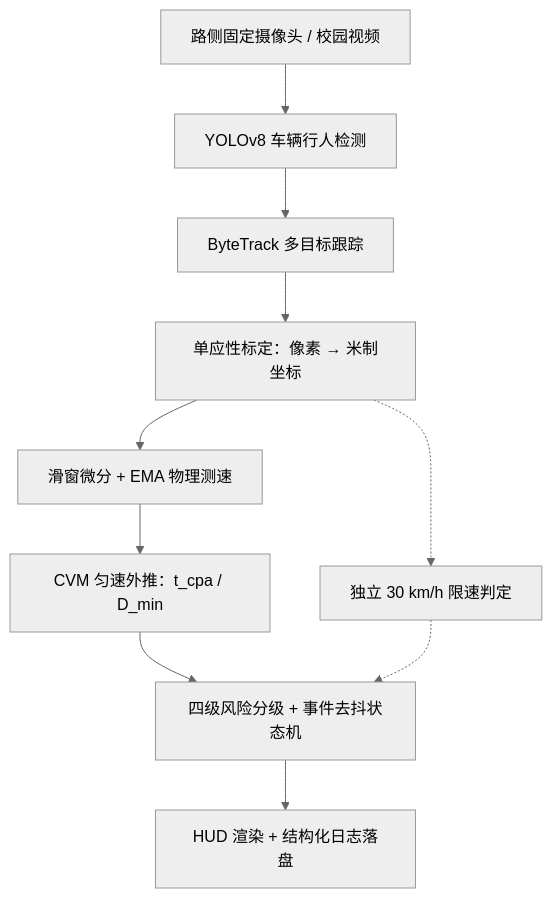
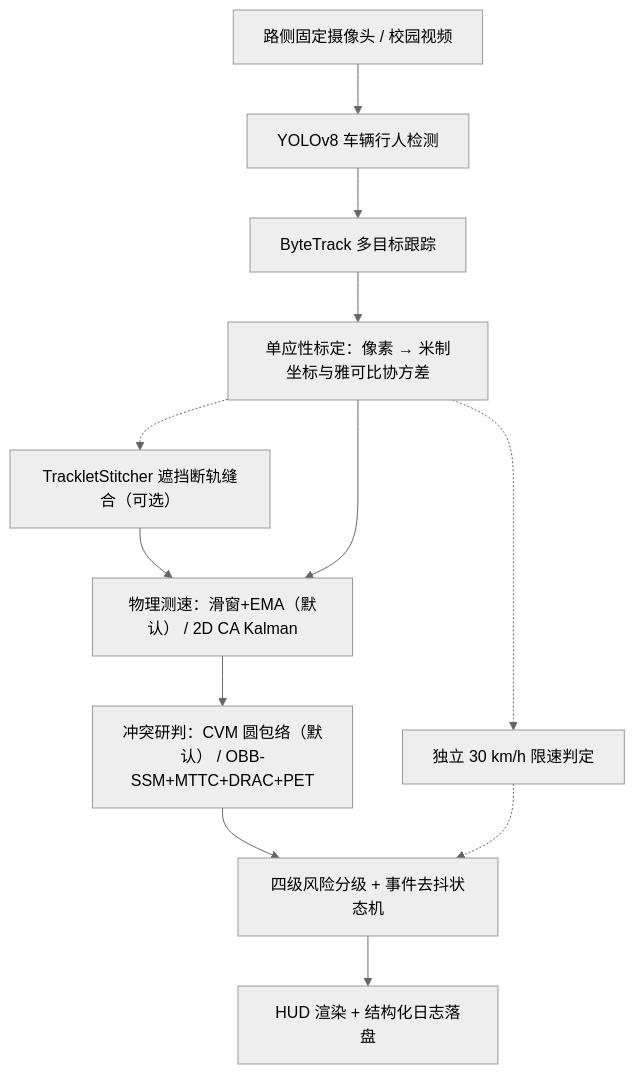
One commit to blckgum/jszx- changed the diagram in README.md. Above: the diagram before and after it, drawn with Mermaid (neutral theme). The commit also changed other lines of this file and 17 other files, not shown here.

Commit message:
feat(analysis): add Jacobian Kalman speed estimation, OBB-SSM conflict evaluation, and tracklet stitching

````diff
--- a/README.md
+++ b/README.md
@@ -9,12 +9,14 @@
 ```mermaid
 flowchart TD
     A[路侧固定摄像头 / 校园视频] --> B[YOLOv8 车辆行人检测]
     B --> C[ByteTrack 多目标跟踪]
-    C --> D[单应性标定：像素 → 米制坐标]
-    D --> E[滑窗微分 + EMA 物理测速]
-    E --> F[CVM 匀速外推：t_cpa / D_min]
+    C --> D[单应性标定：像素 → 米制坐标与雅可比协方差]
+    D -.-> S[TrackletStitcher 遮挡断轨缝合（可选）]
+    S --> E[物理测速：滑窗+EMA（默认） / 2D CA Kalman]
+    D --> E
+    E --> F[冲突研判：CVM 圆包络（默认） / OBB-SSM+MTTC+DRAC+PET]
     F --> G[四级风险分级 + 事件去抖状态机]
     G --> H[HUD 渲染 + 结构化日志落盘]
     D -.-> I[独立 30 km/h 限速判定]
     I -.-> G
 ```
````
